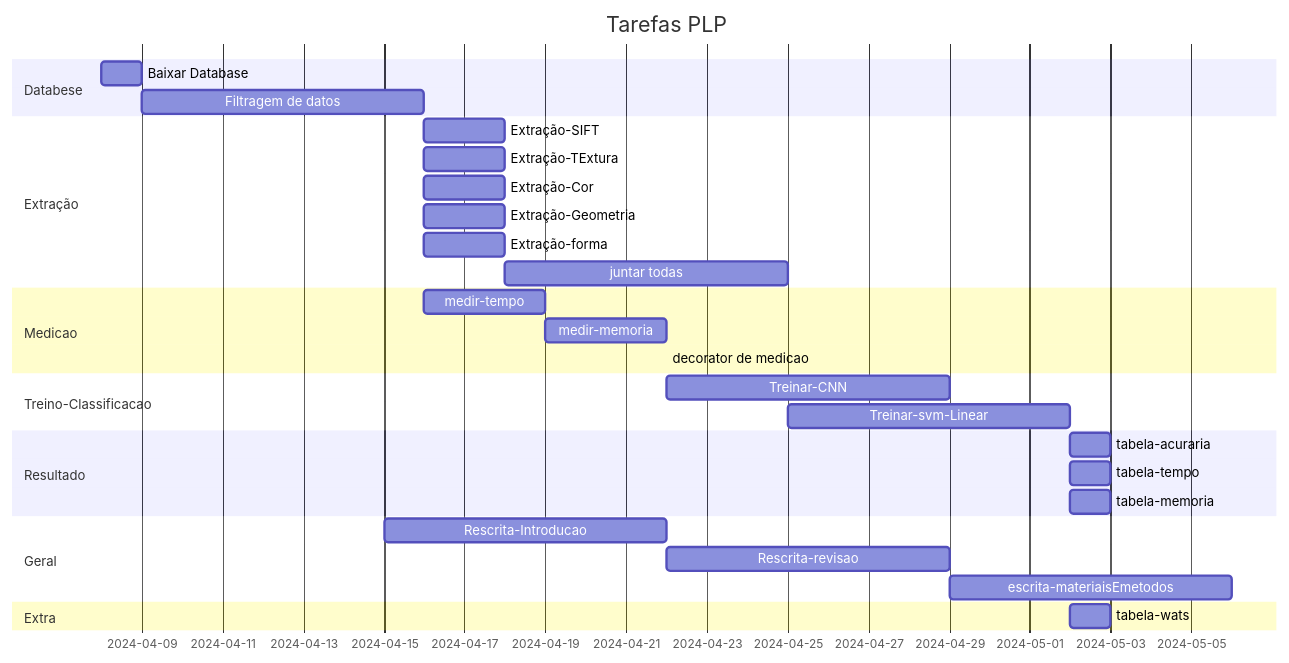
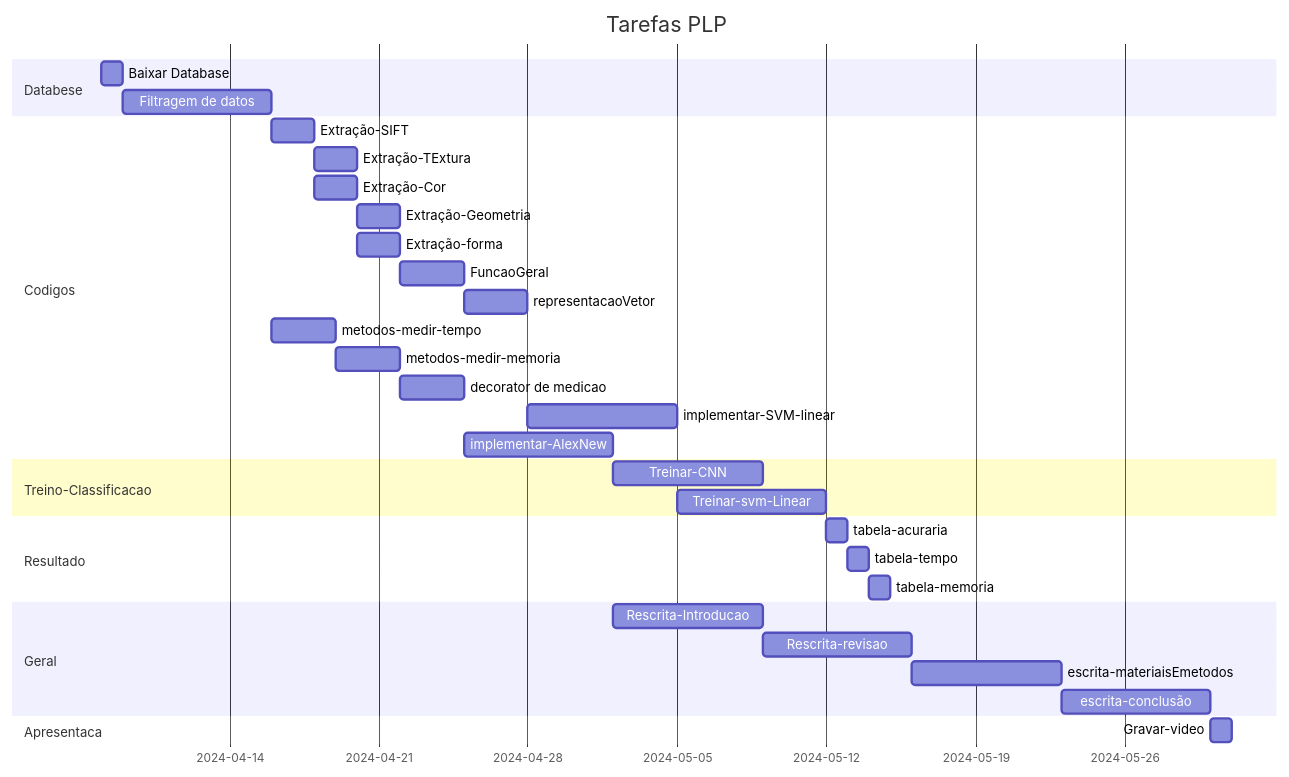
Before and after one commit to Bet4Arrio/NonToNormDB: the diagram in Cronograma.md, drawn with Mermaid. The commit also changed other lines of this file and 5 other files, not shown here.

````diff
--- a/Cronograma.md
+++ b/Cronograma.md
@@ -35,33 +3,39 @@
 ```mermaid
 gantt
     title Tarefas PLP
+    tickInterval 1week 
+
     dateFormat YYYY-MM-DD
     section Databese
         Baixar Database       :a1, 2024-04-08, 1d
         Filtragem de datos   :a2, after a1, 7d
-    section Extração
+    section Codigos
         Extração-SIFT : e1, after a2, 2d
-        Extração-TExtura : e2, after a2, 2d
-        Extração-Cor : e3, after a2, 2d
-        Extração-Geometria : e4, after a2, 2d
-        Extração-forma : e5, after a2, 2d
-        juntar todas :ef, after e5, 7d
-    section Medicao
-	    medir-tempo : m1, after a2, 3d
-	    medir-memoria : m2, after m1, 3d
-	    decorator de medicao : m3, after m2, 
+        Extração-TExtura : e2, after e1, 2d
+        Extração-Cor : e3, after e1, 2d
+        Extração-Geometria : e4, after e3, 2d
+        Extração-forma : e5, after e3, 2d
+        FuncaoGeral :e6, after e5, 3d
+        representacaoVetor :ef, after e6, 3d
+	    metodos-medir-tempo : m1, after a2, 3d
+	    metodos-medir-memoria : m2, after m1, 3d
+	    decorator de medicao : m3, after m2, 3d
+	    implementar-SVM-linear:  IA2, after ef, 7d
+	    implementar-AlexNew:  IA1, after m3, 7d
     section Treino-Classificacao
-	    Treinar-CNN :after a2 m2, 7d
-	    Treinar-svm-Linear :T1, after ef m2 , 7d
+	    Treinar-CNN : TIA1, after IA1, 7d
+	    Treinar-svm-Linear : TIA2, after IA2 , 7d
+	    
 	section Resultado
-		tabela-acuraria: after T1, 1d
-		tabela-tempo: after T1, 1d
-		tabela-memoria: after T1, 1d
+		tabela-acuraria: r1, after TIA1 TIA2, 1d
+		tabela-tempo: r2,after r1, 1d
+		tabela-memoria: r3, after r2, 1d
 		
 	section Geral
-		Rescrita-Introducao:g1, 2024-04-15, 7d
+		Rescrita-Introducao:g1, after IA1, 7d
 		Rescrita-revisao:g2, after g1, 7d
 		escrita-materiaisEmetodos:g3, after g2, 7d
-	section Extra
-		tabela-wats: after T1, 1d
+		escrita-conclusão:g4, after g3 r3, 7d
+	section Apresentaca
+		Gravar-video: after g4, 1d
 ```
````
